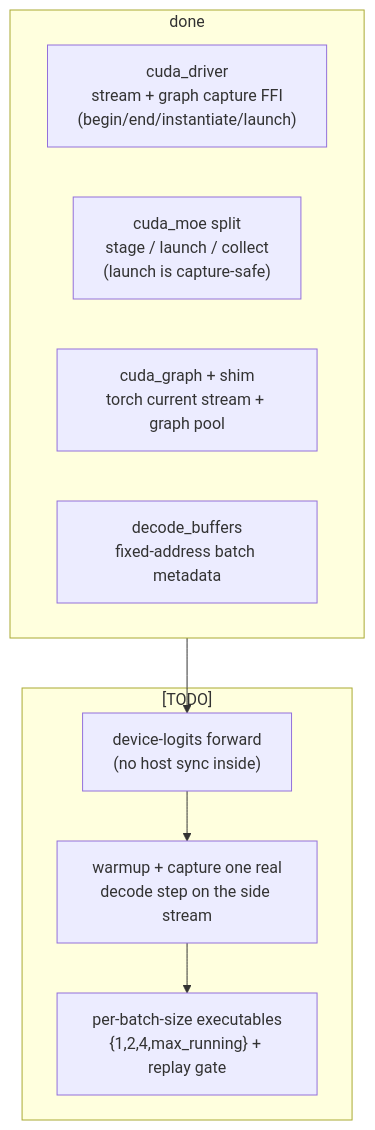
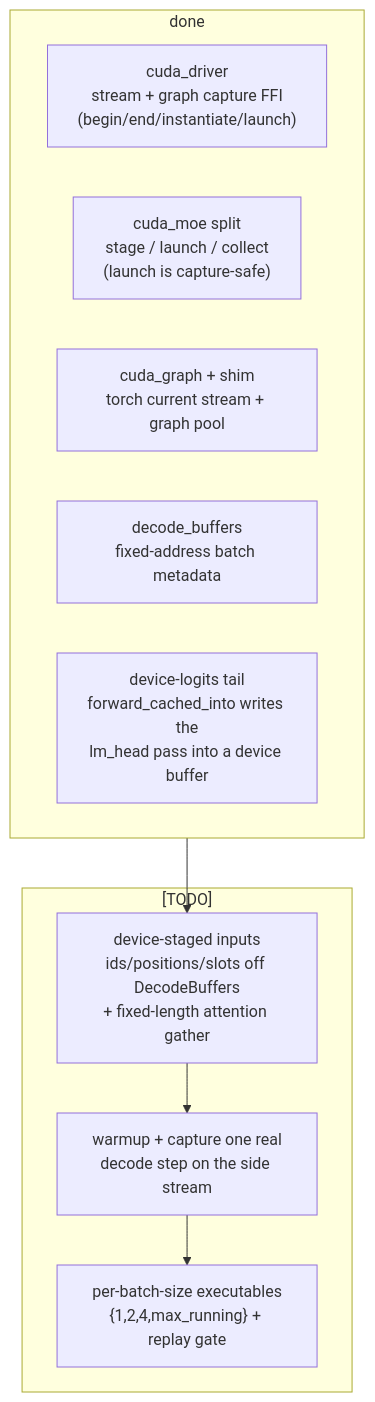
Before and after one commit to butzist/ferrum-torrens: diagram 16 of 17 in ARCHITECTURE.md, drawn with Mermaid. The commit also changed other lines of this file and 3 other files, not shown here.

Commit message:
feat(decode): write the cached forward's logits into a device buffer

````diff
--- a/ARCHITECTURE.md
+++ b/ARCHITECTURE.md
@@ -528,15 +529,16 @@
 ```mermaid
 flowchart TB
   subgraph Done["done"]
     B1["cuda_driver\nstream + graph capture FFI\n(begin/end/instantiate/launch)"]
     B2["cuda_moe split\nstage / launch / collect\n(launch is capture-safe)"]
     B3["cuda_graph + shim\ntorch current stream + graph pool"]
     DB["decode_buffers\nfixed-address batch metadata"]
+    B4["device-logits tail\nforward_cached_into writes the\nlm_head pass into a device buffer"]
   end
   subgraph Next["[TODO]"]
-    N1["device-logits forward\n(no host sync inside)"]
+    N1["device-staged inputs\nids/positions/slots off DecodeBuffers\n+ fixed-length attention gather"]
     N2["warmup + capture one real\ndecode step on the side stream"]
     N3["per-batch-size executables\n{1,2,4,max_running} + replay gate"]
   end
   Done --> N1 --> N2 --> N3
 ```
````
